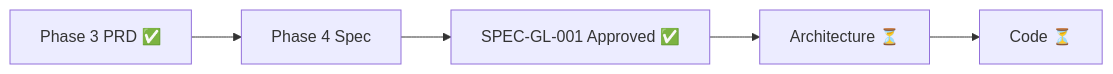
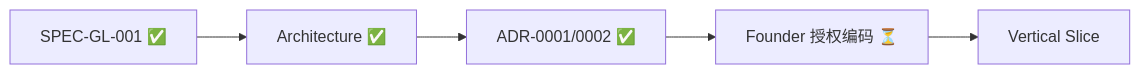
One commit to LeapMaCoder/ai-engineer-os changed the diagram in docs/00_Project/Project_Dashboard.md. Above: the diagram before and after it, drawn with Mermaid. The commit also changed other lines of this file and 16 other files, not shown here.

Commit message:
Arch + ADR 已定稿为 Accepted

````diff
--- a/docs/00_Project/Project_Dashboard.md
+++ b/docs/00_Project/Project_Dashboard.md
@@ -28,7 +27,7 @@
 ```mermaid
 flowchart LR
-  P3[Phase 3 PRD ✅] --> P4[Phase 4 Spec]
-  P4 --> Spec1[SPEC-GL-001 Approved ✅]
-  Spec1 --> Arch[Architecture ⏳]
-  Arch --> Code[Code ⏳]
+  Spec[SPEC-GL-001 ✅] --> Arch[Architecture ✅]
+  Arch --> ADR[ADR-0001/0002 ✅]
+  ADR --> Auth[Founder 授权编码 ⏳]
+  Auth --> Code[Vertical Slice]
 ```
````
